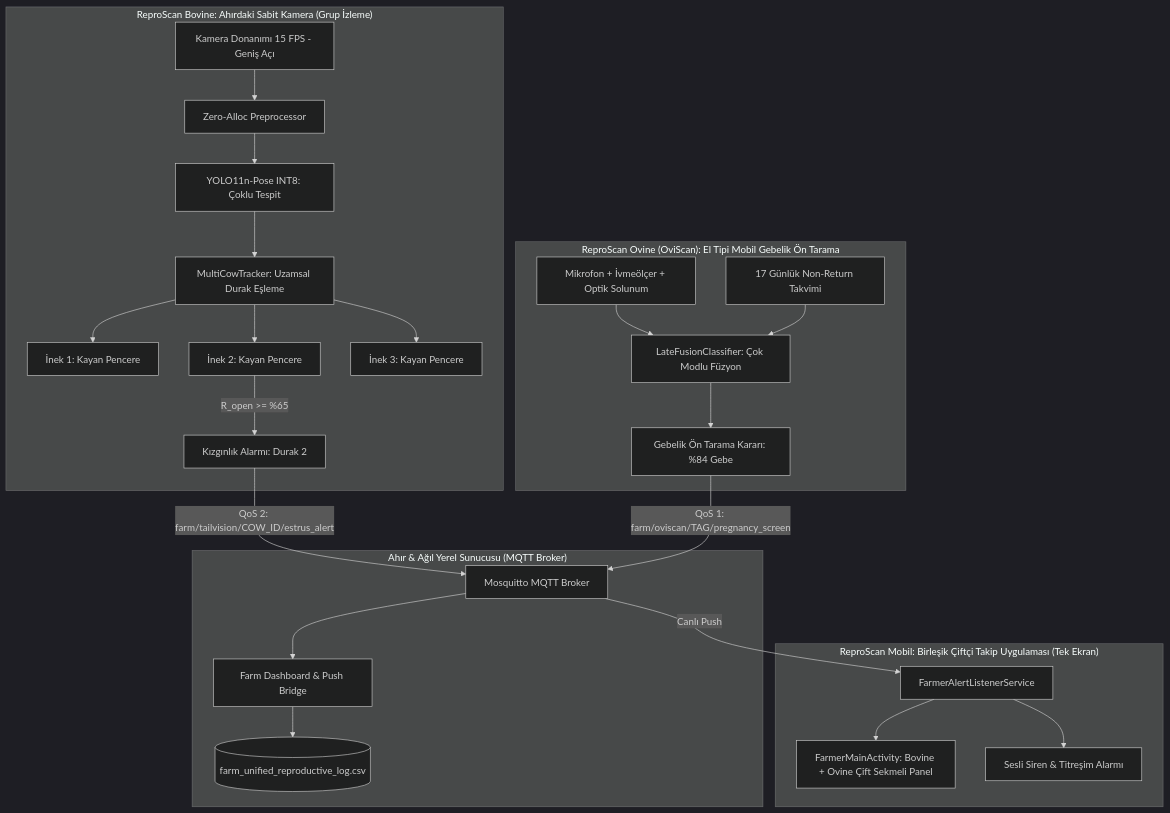
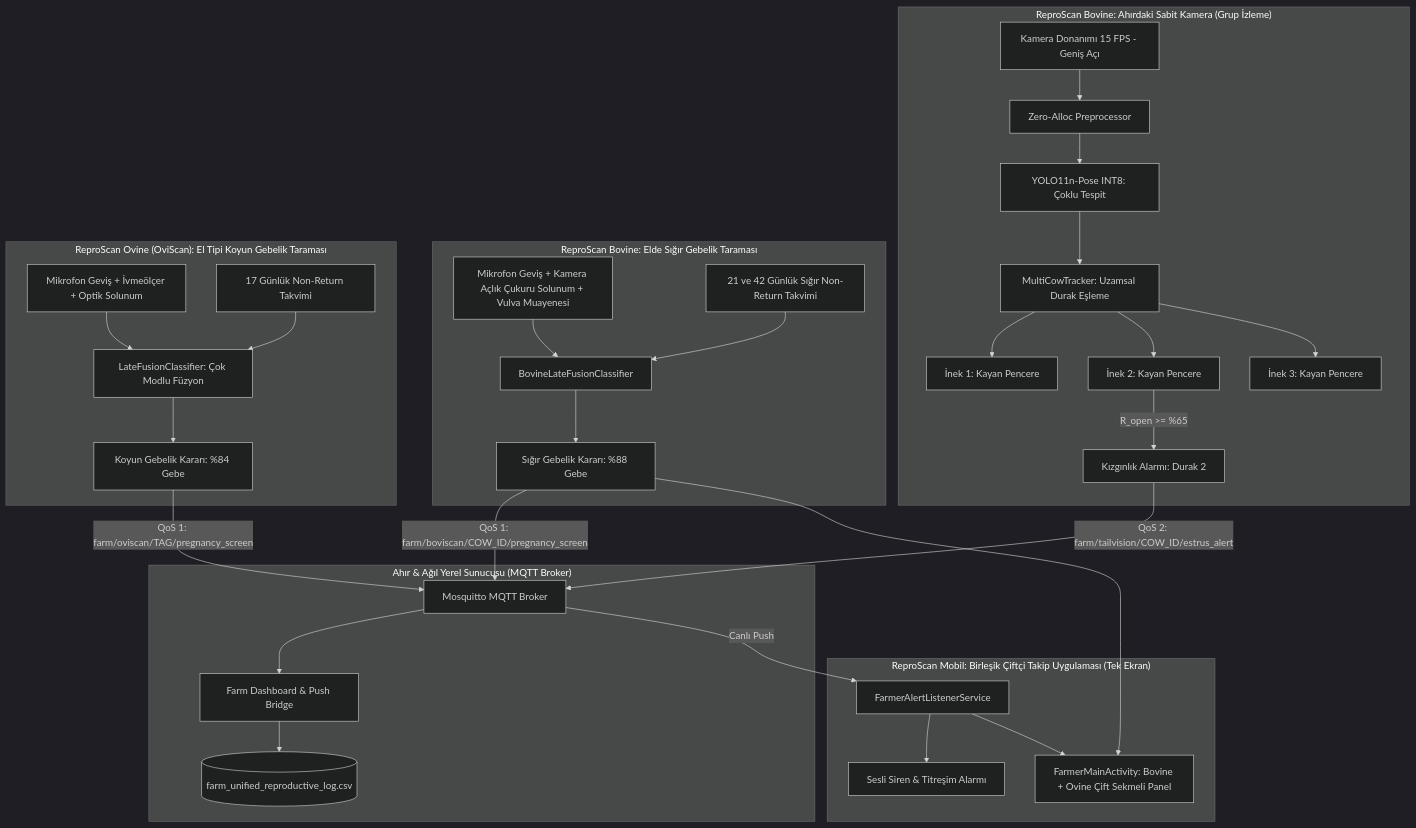
The diagram in docs/ARCHITECTURE.md (mserman90/bovi-tailvision), drawn with Mermaid (dark theme) before and after one commit. The commit also changed 11 other files, not shown here.

Commit message:
feat: Add smartphone-based non-invasive bovine pregnancy decision support module

````diff
--- a/docs/ARCHITECTURE.md
+++ b/docs/ARCHITECTURE.md
@@ -11,38 +11,46 @@
 ```mermaid
 flowchart TD
     subgraph BoviEdge ["ReproScan Bovine: Ahırdaki Sabit Kamera (Grup İzleme)"]
         Cam[Kamera Donanımı 15 FPS - Geniş Açı] --> Pre[Zero-Alloc Preprocessor]
         Pre --> TFLite[YOLO11n-Pose INT8: Çoklu Tespit]
         TFLite --> MOT[MultiCowTracker: Uzamsal Durak Eşleme]
         MOT --> Cow1[İnek 1: Kayan Pencere]
         MOT --> Cow2[İnek 2: Kayan Pencere]
         MOT --> Cow3[İnek 3: Kayan Pencere]
         Cow2 -- R_open >= %65 --> AlertBovi[Kızgınlık Alarmı: Durak 2]
     end
 
-    subgraph OviModule ["ReproScan Ovine (OviScan): El Tipi Mobil Gebelik Ön Tarama"]
-        Sensors[Mikrofon + İvmeölçer + Optik Solunum] --> Fusion[LateFusionClassifier: Çok Modlu Füzyon]
+    subgraph BoviMobile ["ReproScan Bovine: Elde Sığır Gebelik Taraması"]
+        BoviSensors[Mikrofon Geviş + Kamera Açlık Çukuru Solunum + Vulva Muayenesi] --> BoviFusion[BovineLateFusionClassifier]
+        BoviCalendar[21 ve 42 Günlük Sığır Non-Return Takvimi] --> BoviFusion
+        BoviFusion --> BoviPregResult[Sığır Gebelik Kararı: %88 Gebe]
+    end
+
+    subgraph OviModule ["ReproScan Ovine (OviScan): El Tipi Koyun Gebelik Taraması"]
+        Sensors[Mikrofon Geviş + İvmeölçer + Optik Solunum] --> Fusion[LateFusionClassifier: Çok Modlu Füzyon]
         Calendar[17 Günlük Non-Return Takvimi] --> Fusion
-        Fusion --> ScreenResult[Gebelik Ön Tarama Kararı: %84 Gebe]
+        Fusion --> ScreenResult[Koyun Gebelik Kararı: %84 Gebe]
     end
 
     subgraph FarmServer ["Ahır & Ağıl Yerel Sunucusu (MQTT Broker)"]
         Broker[Mosquitto MQTT Broker]
         Bridge[Farm Dashboard & Push Bridge]
         DB[(farm_unified_reproductive_log.csv)]
     end
 
     subgraph FarmerMobile ["ReproScan Mobil: Birleşik Çiftçi Takip Uygulaması (Tek Ekran)"]
         Listener[FarmerAlertListenerService]
         UI[FarmerMainActivity: Bovine + Ovine Çift Sekmeli Panel]
         Siren[Sesli Siren & Titreşim Alarmı]
     end
 
     AlertBovi -->|QoS 2: farm/tailvision/COW_ID/estrus_alert| Broker
+    BoviPregResult -->|QoS 1: farm/boviscan/COW_ID/pregnancy_screen| Broker
     ScreenResult -->|QoS 1: farm/oviscan/TAG/pregnancy_screen| Broker
     Broker --> Bridge
     Bridge --> DB
     Broker -->|Canlı Push| Listener
     Listener --> Siren
     Listener --> UI
+    BoviPregResult --> UI
 ```
````
